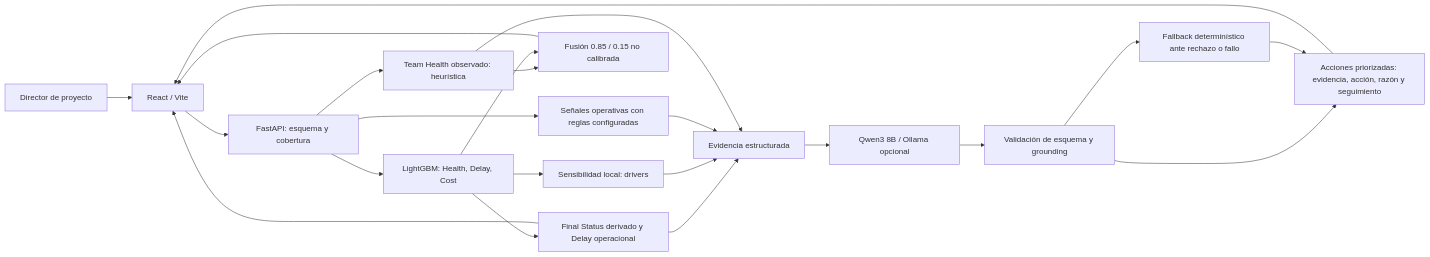
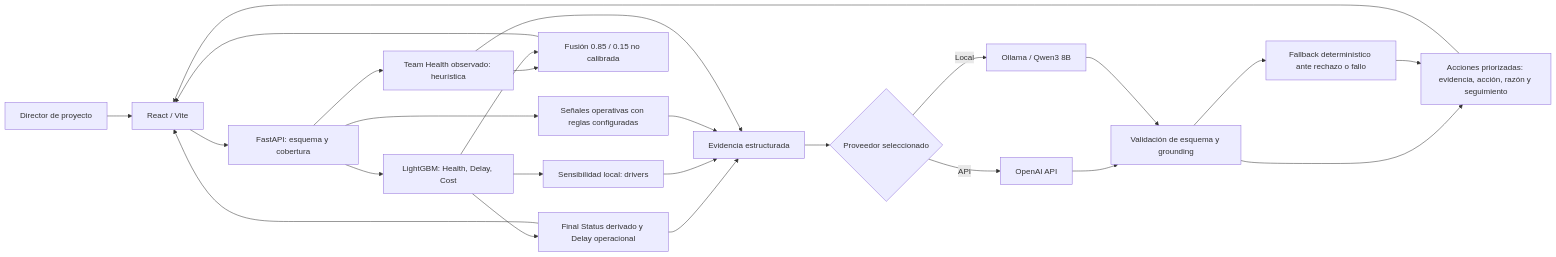
One commit to heiandavi-boop/tallerfina3 changed the first of 3 diagrams in docs/architecture.md. Above: the diagram before and after it, drawn with Mermaid. The commit also changed other lines of this file and 21 other files, not shown here.

````diff
--- a/docs/architecture.md
+++ b/docs/architecture.md
@@ -9,24 +9,27 @@
 ```mermaid
 flowchart LR
   U[Director de proyecto] --> R[React / Vite]
   R --> A[FastAPI: esquema y cobertura]
   A --> L[LightGBM: Health, Delay, Cost]
   L --> O[Final Status derivado y Delay operacional]
   A --> T[Team Health observado: heurística]
   L --> D[Sensibilidad local: drivers]
   T --> F[Fusión 0.85 / 0.15 no calibrada]
   L --> F
   O --> E[Evidencia estructurada]
   D --> E
   A --> S[Señales operativas con reglas configuradas]
   S --> E
   T --> E
-  E --> Q[Qwen3 8B / Ollama opcional]
+  E --> P{Proveedor seleccionado}
+  P -->|Local| Q[Ollama / Qwen3 8B]
+  P -->|API| G[OpenAI API]
+  G --> V[Validación de esquema y grounding]
   Q --> V[Validación de esquema y grounding]
   V --> X[Acciones priorizadas: evidencia, acción, razón y seguimiento]
   V --> B[Fallback determinístico ante rechazo o fallo]
   B --> X
   O --> R
   F --> R
   X --> R
 ```
````
